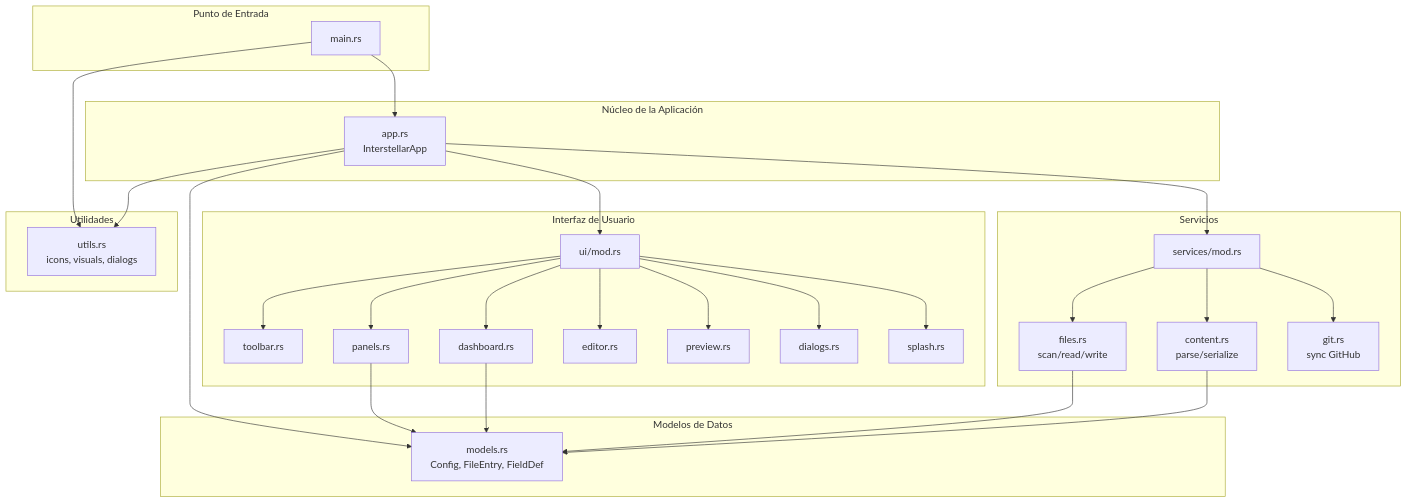
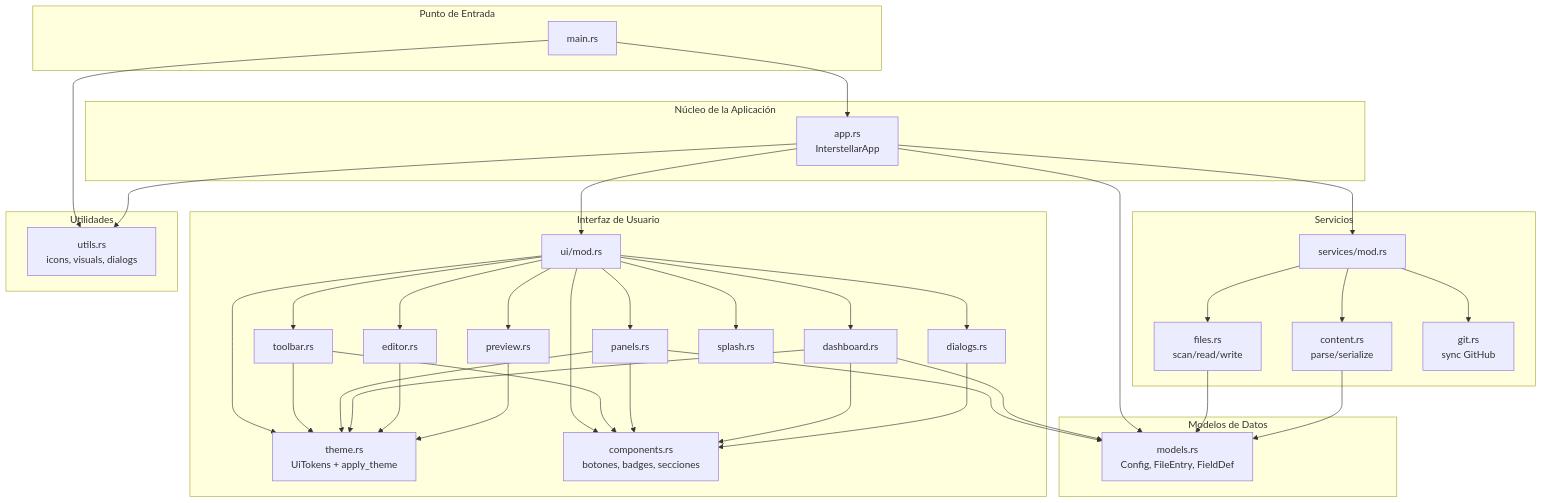
One commit to naujrevilo/interstellar-writer-astro changed the diagram in DOCS/diagrams/modules-diagram.md. Above: the diagram before and after it, drawn with Mermaid. The commit also changed 17 other files, not shown here.

````diff
--- a/DOCS/diagrams/modules-diagram.md
+++ b/DOCS/diagrams/modules-diagram.md
@@ -1,61 +1,75 @@
 ```mermaid
 graph TB
     subgraph "Punto de Entrada"
         MAIN[main.rs]
     end
 
     subgraph "Núcleo de la Aplicación"
         APP[app.rs<br/>InterstellarApp]
     end
 
     subgraph "Modelos de Datos"
         MODELS[models.rs<br/>Config, FileEntry, FieldDef]
     end
 
     subgraph "Servicios"
         SRV_MOD[services/mod.rs]
         SRV_CONTENT[content.rs<br/>parse/serialize]
         SRV_FILES[files.rs<br/>scan/read/write]
         SRV_GIT[git.rs<br/>sync GitHub]
     end
 
     subgraph "Interfaz de Usuario"
         UI_MOD[ui/mod.rs]
+        UI_THEME[theme.rs<br/>UiTokens + apply_theme]
+        UI_COMPONENTS[components.rs<br/>botones, badges, secciones]
         UI_TOOLBAR[toolbar.rs]
         UI_PANELS[panels.rs]
         UI_DASHBOARD[dashboard.rs]
         UI_EDITOR[editor.rs]
         UI_PREVIEW[preview.rs]
         UI_DIALOGS[dialogs.rs]
         UI_SPLASH[splash.rs]
     end
 
     subgraph "Utilidades"
         UTILS[utils.rs<br/>icons, visuals, dialogs]
     end
 
     MAIN --> APP
     MAIN --> UTILS
 
     APP --> MODELS
     APP --> SRV_MOD
     APP --> UI_MOD
     APP --> UTILS
 
     SRV_MOD --> SRV_CONTENT
     SRV_MOD --> SRV_FILES
     SRV_MOD --> SRV_GIT
 
+    UI_MOD --> UI_THEME
+    UI_MOD --> UI_COMPONENTS
     UI_MOD --> UI_TOOLBAR
     UI_MOD --> UI_PANELS
     UI_MOD --> UI_DASHBOARD
     UI_MOD --> UI_EDITOR
     UI_MOD --> UI_PREVIEW
     UI_MOD --> UI_DIALOGS
     UI_MOD --> UI_SPLASH
 
+    UI_TOOLBAR --> UI_THEME
+    UI_TOOLBAR --> UI_COMPONENTS
+    UI_PANELS --> UI_THEME
+    UI_PANELS --> UI_COMPONENTS
+    UI_DASHBOARD --> UI_THEME
+    UI_DASHBOARD --> UI_COMPONENTS
+    UI_EDITOR --> UI_THEME
+    UI_PREVIEW --> UI_THEME
+    UI_DIALOGS --> UI_COMPONENTS
+
     UI_PANELS --> MODELS
     UI_DASHBOARD --> MODELS
     SRV_FILES --> MODELS
     SRV_CONTENT --> MODELS
 ```
````
